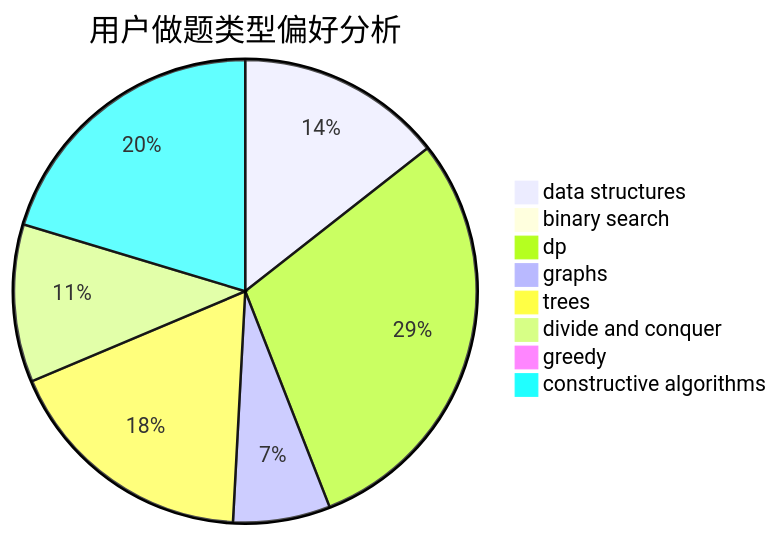
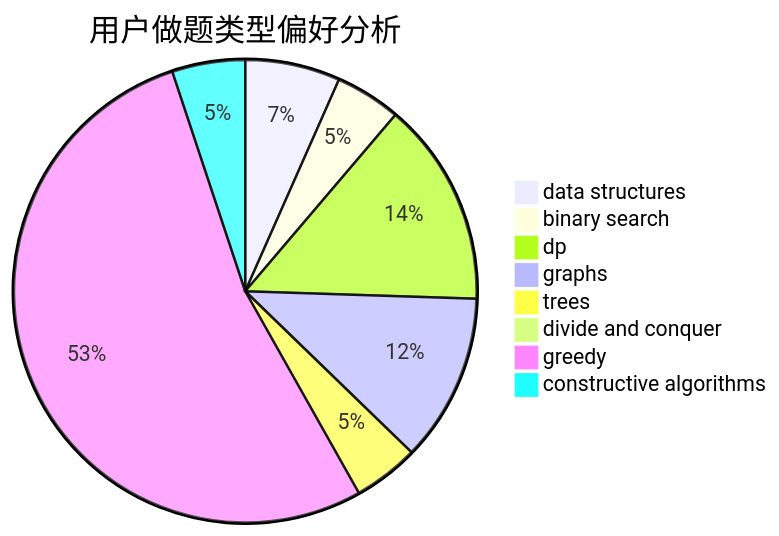
One commit to sherpahu/cfrs.github.io changed the second of 3 diagrams in docs/user/u2502.md. Above: the diagram before and after it, drawn with Mermaid. The commit also changed other lines of this file and 2770 other files, not shown here.

````diff
--- a/docs/user/u2502.md
+++ b/docs/user/u2502.md
@@ -23,11 +23,11 @@
 ```mermaid
 pie title 用户做题类型偏好分析
-    "data structures" :  17
-    "binary search" :  1
-    "dp" :  35
-    "graphs" :  8
-    "trees" :  21
-    "divide and conquer" :  13
-    "greedy" :  1
-    "constructive algorithms" :  24
+    "data structures" :  13
+    "binary search" :  9
+    "dp" :  28
+    "graphs" :  23
+    "trees" :  9
+    "divide and conquer" :  1
+    "greedy" :  104
+    "constructive algorithms" :  10
 ```
````
